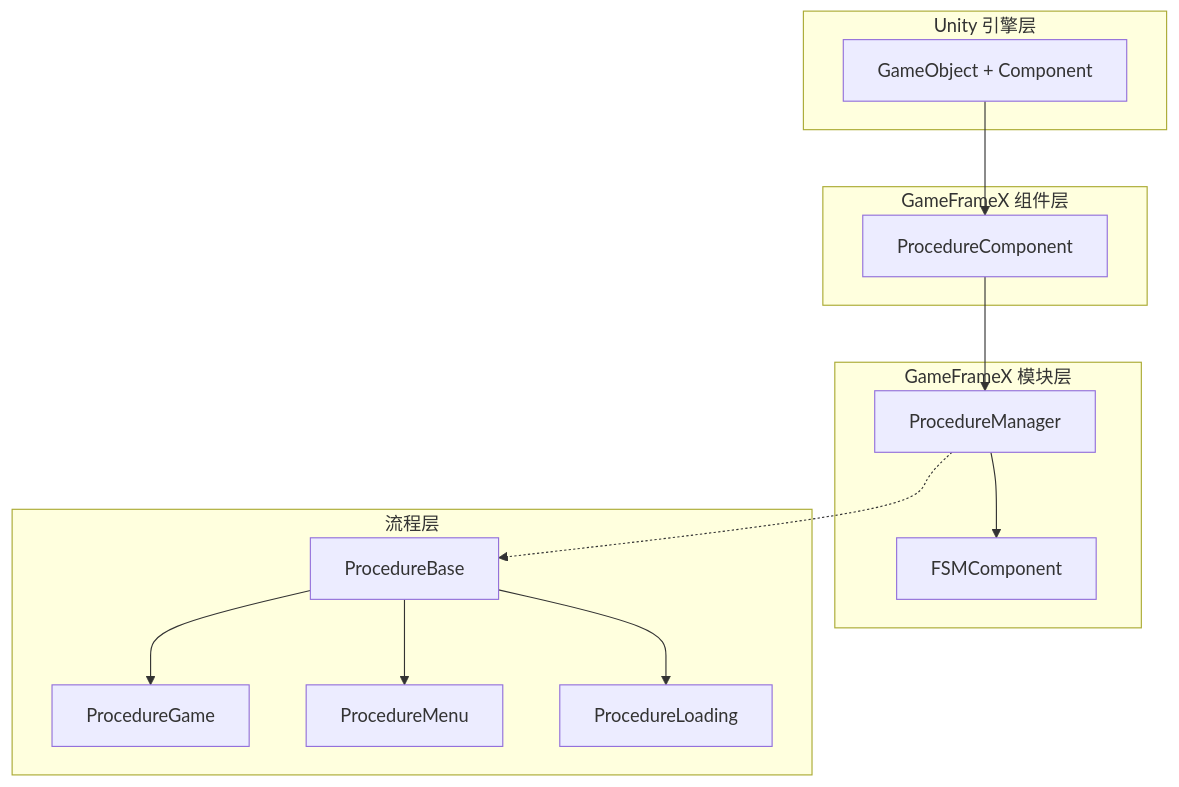
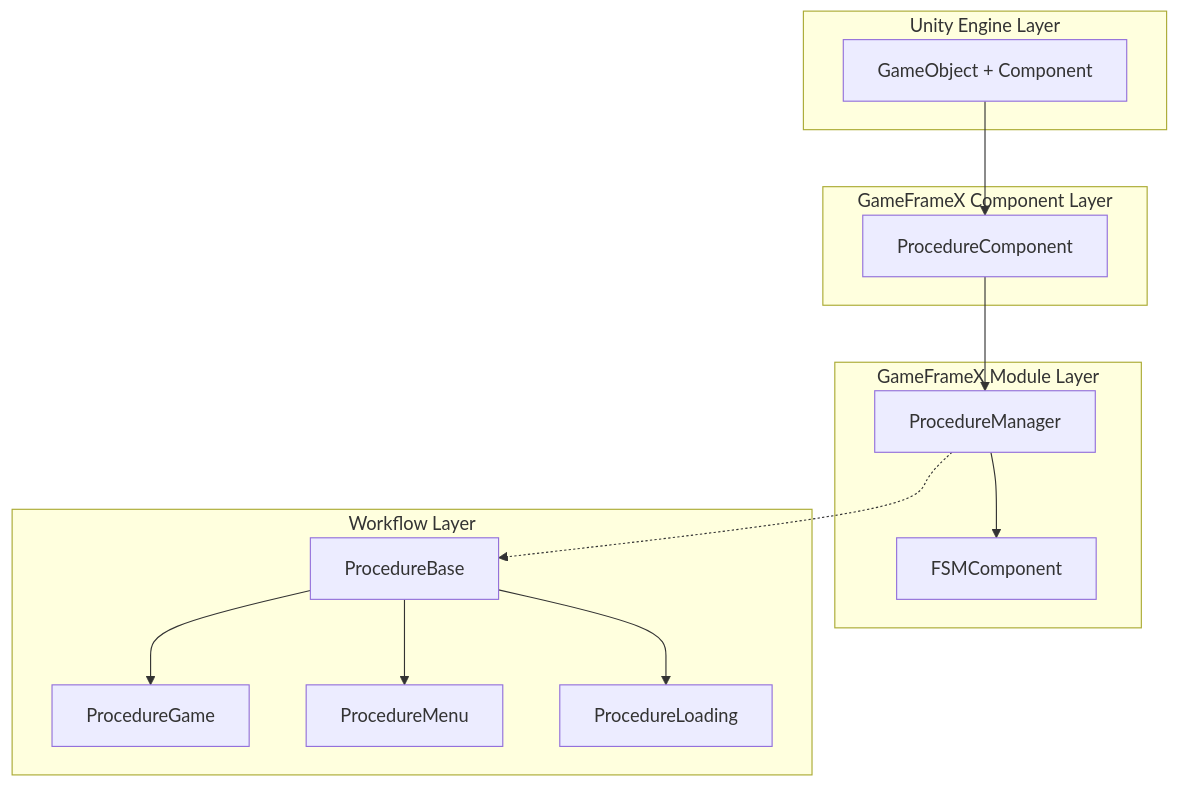
The first of 2 diagrams in docs/en/client/unity/component/procedure/04.features.md (AlianBlank/GameFrameX.Docs), drawn with Mermaid before and after one commit. The commit also changed other lines of this file and 242 other files, not shown here.

First line of the commit message:
docs(en/unity/component): 补全组件目录文档

````diff
--- a/docs/en/client/unity/component/procedure/04.features.md
+++ b/docs/en/client/unity/component/procedure/04.features.md
@@ -128,30 +128,30 @@
 ```mermaid
 flowchart TD
-    subgraph UnityEngine["Unity 引擎层"]
+    subgraph UnityEngine["Unity Engine Layer"]
         GC[GameObject + Component]
     end
 
-    subgraph GameFrameXComponent["GameFrameX 组件层"]
+    subgraph GameFrameXComponent["GameFrameX Component Layer"]
         PC[ProcedureComponent]
     end
 
-    subgraph GameFrameXModule["GameFrameX 模块层"]
+    subgraph GameFrameXModule["GameFrameX Module Layer"]
         PM[ProcedureManager]
         FSM[FSMComponent]
     end
 
-    subgraph ProcedureLayer["流程层"]
+    subgraph ProcedureLayer["Workflow Layer"]
         PB[ProcedureBase]
         PG[ProcedureGame]
         PMenu[ProcedureMenu]
         PL[ProcedureLoading]
     end
 
     GC --> PC
     PC --> PM
     PM --> FSM
     PB --> PG
     PB --> PMenu
     PB --> PL
     PM -.-> PB
 ```
````
